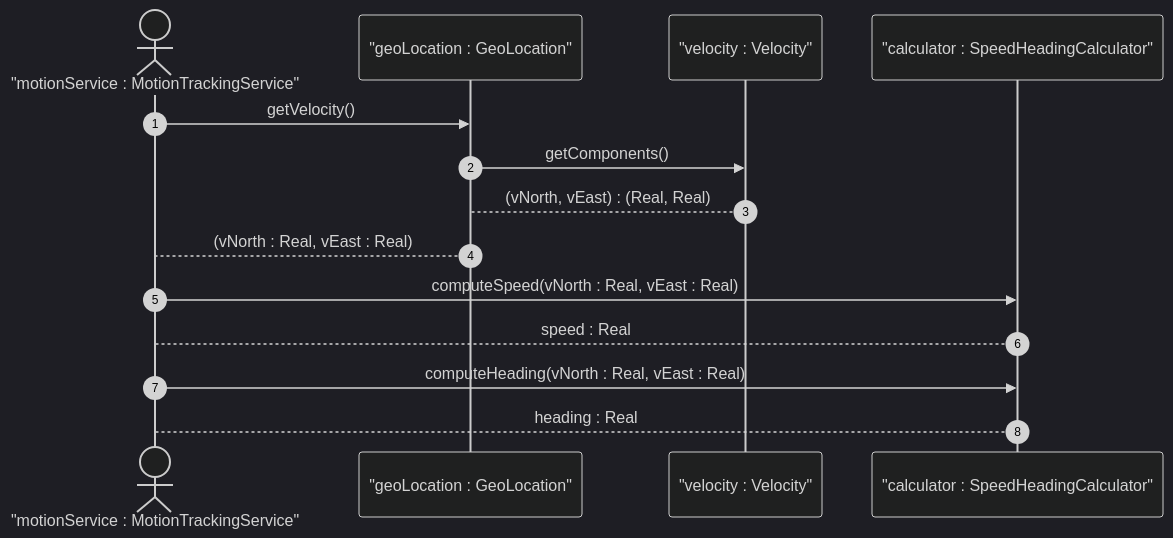
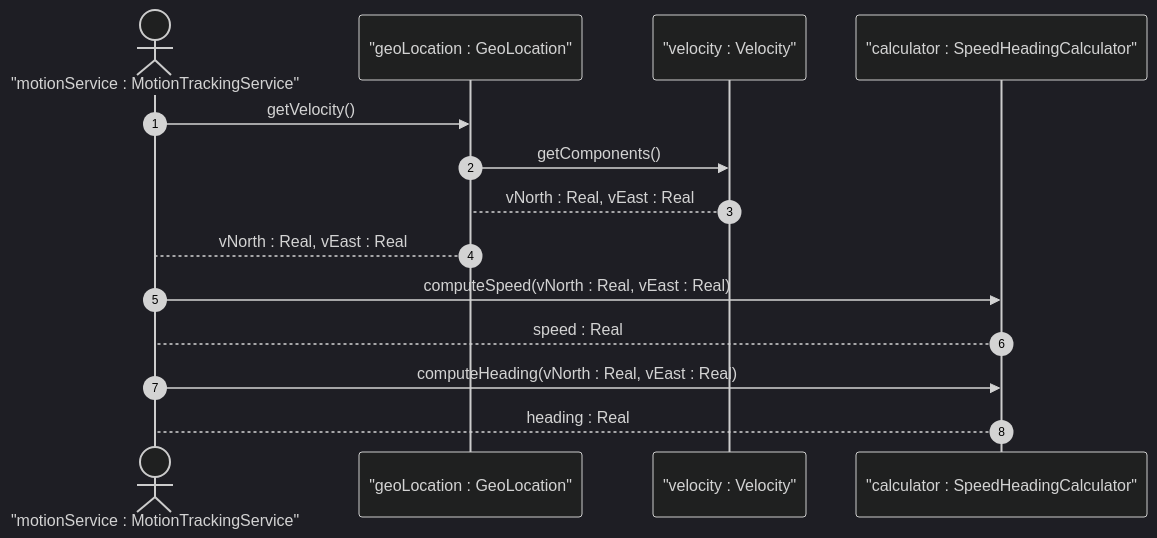
One commit to gintatkinson/dep-tst40 changed the first of 2 diagrams in docs/user-stories/us-01-derive-speed-heading.md. Above: the diagram before and after it, drawn with Mermaid (dark theme). The commit also changed 10 other files, not shown here.

First line of the commit message:
docs: fix UML compliance — placeholders, multiplicities, return messages, operations

````diff
--- a/docs/user-stories/us-01-derive-speed-heading.md
+++ b/docs/user-stories/us-01-derive-speed-heading.md
@@ -28,19 +28,19 @@
 ```mermaid
 sequenceDiagram
     autonumber
     actor motionService as "motionService : MotionTrackingService"
     participant geoLocation as "geoLocation : GeoLocation"
     participant velocity as "velocity : Velocity"
     participant calculator as "calculator : SpeedHeadingCalculator"
 
     motionService->>geoLocation: getVelocity()
     geoLocation->>velocity: getComponents()
-    velocity-->geoLocation: (vNorth, vEast) : (Real, Real)
-    geoLocation-->motionService: (vNorth : Real, vEast : Real)
+    velocity-->geoLocation: vNorth : Real, vEast : Real
+    geoLocation-->motionService: vNorth : Real, vEast : Real
 
     motionService->>calculator: computeSpeed(vNorth : Real, vEast : Real)
     calculator-->motionService: speed : Real
 
     motionService->>calculator: computeHeading(vNorth : Real, vEast : Real)
     calculator-->motionService: heading : Real
 ```
````
